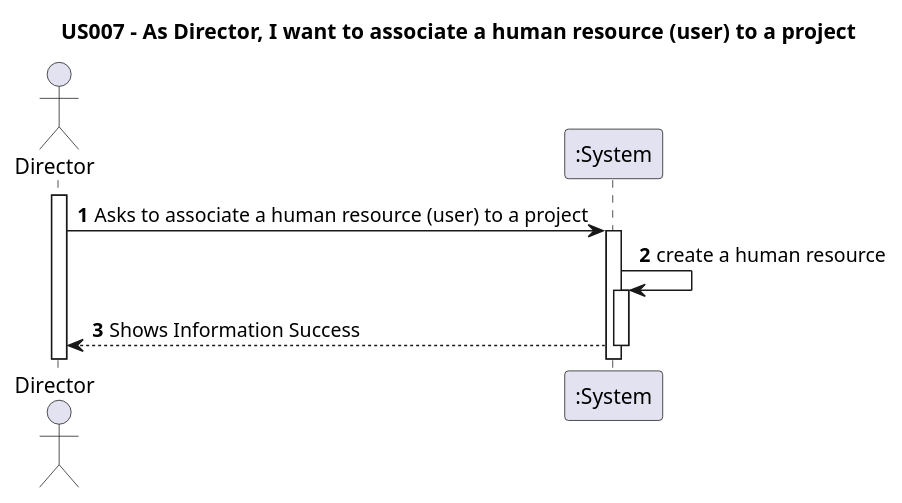
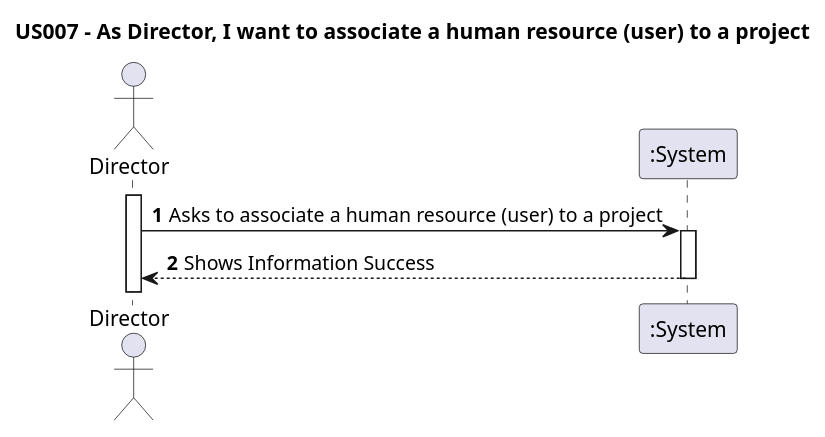
The diagram in docs/Sprint1/US007/US007-SSD.puml (nunogon1211787/projectManagement), drawn with PlantUML before and after one commit. The commit also changed 51 other files, not shown here.

```diff
--- a/docs/Sprint1/US007/US007-SSD.puml
+++ b/docs/Sprint1/US007/US007-SSD.puml
@@ -1,18 +1,17 @@
 @startuml
 'https://plantuml.com/sequence-diagram
 
 title US007 - As Director, I want to associate a human resource (user) to a project
 
 autoactivate on
 autonumber
 
 actor "Director" as user
 participant ":System" as System
 
 activate user
 
 user -> System: Asks to associate a human resource (user) to a project
-System -> System : create a human resource
 System --> user: Shows Information Success
 
 @enduml
```
